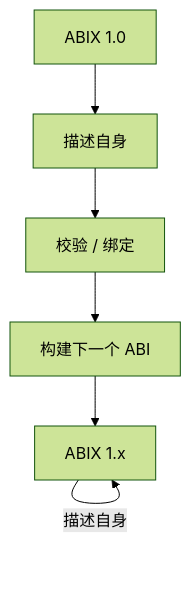
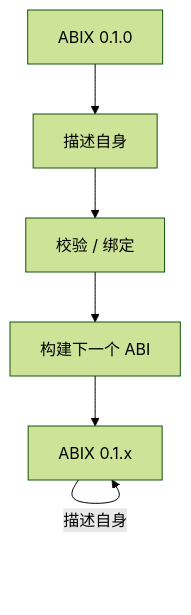
Before and after one commit to Sukanle/ABIX: the ninth of 11 diagrams in README_ZH.md, drawn with Mermaid (forest theme). The commit also changed other lines of this file and 262 other files, not shown here.

````diff
--- a/README_ZH.md
+++ b/README_ZH.md
@@ -252,8 +252,8 @@
 ```mermaid
 graph TD
-    A[ABIX 1.0] --> B[描述自身]
+    A[ABIX 0.1.0] --> B[描述自身]
     B --> C[校验 / 绑定]
     C --> D[构建下一个 ABI]
-    D --> E[ABIX 1.x]
+    D --> E[ABIX 0.1.x]
     E -->|描述自身| E
 ```
````
